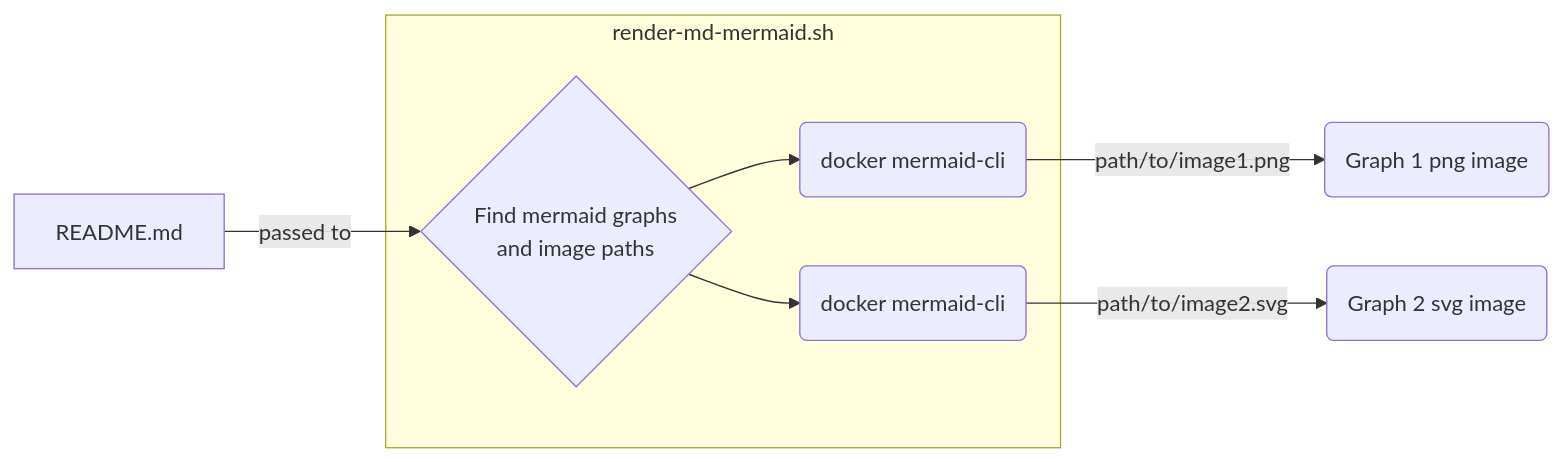
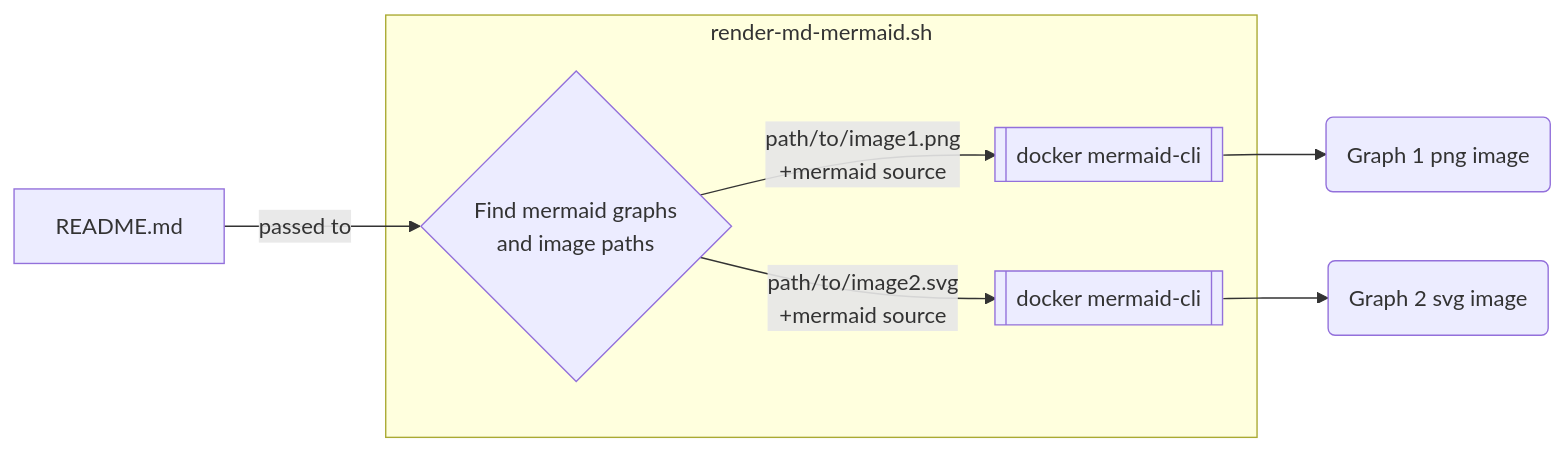
One commit to nielsvaneck/render-md-mermaid changed the diagram in README.md. Above: the diagram before and after it, drawn with Mermaid. The commit also changed other lines of this file and 1 other file, not shown here.

Commit message:
update graph

````diff
--- a/README.md
+++ b/README.md
@@ -42,10 +42,10 @@
 ```mermaid
 graph LR
     A[README.md] -->|passed to| B
     subgraph render-md-mermaid.sh
-    B{Find mermaid graphs<br>and image paths} --> C(docker mermaid-cli)
-    B --> D(docker mermaid-cli)
+    B{Find mermaid graphs<br>and image paths} --> |path/to/image1.png<br>+mermaid source| C[[docker mermaid-cli]]
+    B --> |path/to/image2.svg<br>+mermaid source| D[[docker mermaid-cli]]
     end
-    C -->|path/to/image1.png| E(Graph 1 png image)
-    D -->|path/to/image2.svg| F(Graph 2 svg image)
+    C --> E(Graph 1 png image)
+    D --> F(Graph 2 svg image)
 ```
````
